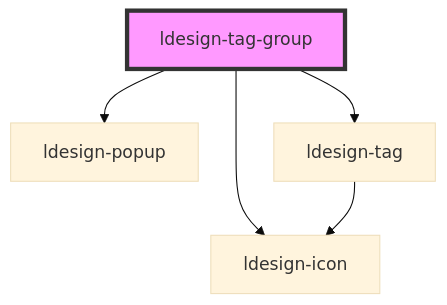
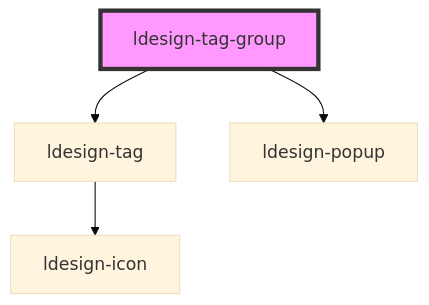
One commit to poly1603/ldesign changed the diagram in packages/webcomponent/src/components/tag-group/readme.md. Above: the diagram before and after it, drawn with Mermaid (base theme). The commit also changed other lines of this file and 12 other files, not shown here.

First line of the commit message:
feat(tag/tag-group): 新增标签边框动画和角标脉动效果，增强标签组功能

````diff
--- a/packages/webcomponent/src/components/tag-group/readme.md
+++ b/packages/webcomponent/src/components/tag-group/readme.md
@@ -34,8 +50,7 @@
 ```mermaid
 graph TD;
-  ldesign-tag-group --> ldesign-icon
+  ldesign-tag-group --> ldesign-tag
   ldesign-tag-group --> ldesign-popup
-  ldesign-tag-group --> ldesign-tag
   ldesign-tag --> ldesign-icon
   style ldesign-tag-group fill:#f9f,stroke:#333,stroke-width:4px
 ```
````
